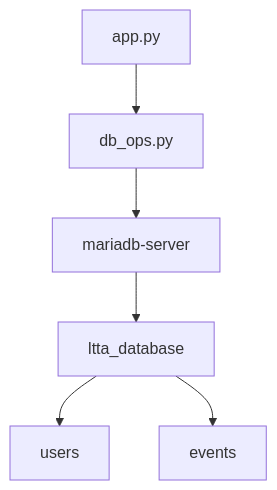
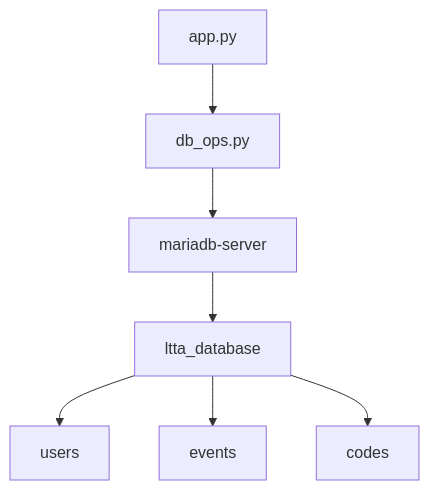
The second of 2 diagrams in docs.md (glebocrew/ltta-main), drawn with Mermaid before and after one commit. The commit also changed other lines of this file and 11 other files, not shown here.

````diff
--- a/docs.md
+++ b/docs.md
@@ -50,6 +50,7 @@
 ```mermaid
 flowchart TD
     app.py --> db_ops.py --> mariadb-server --> ltta_database
     ltta_database --> users
     ltta_database --> events
+    ltta_database --> codes
 ```
````
